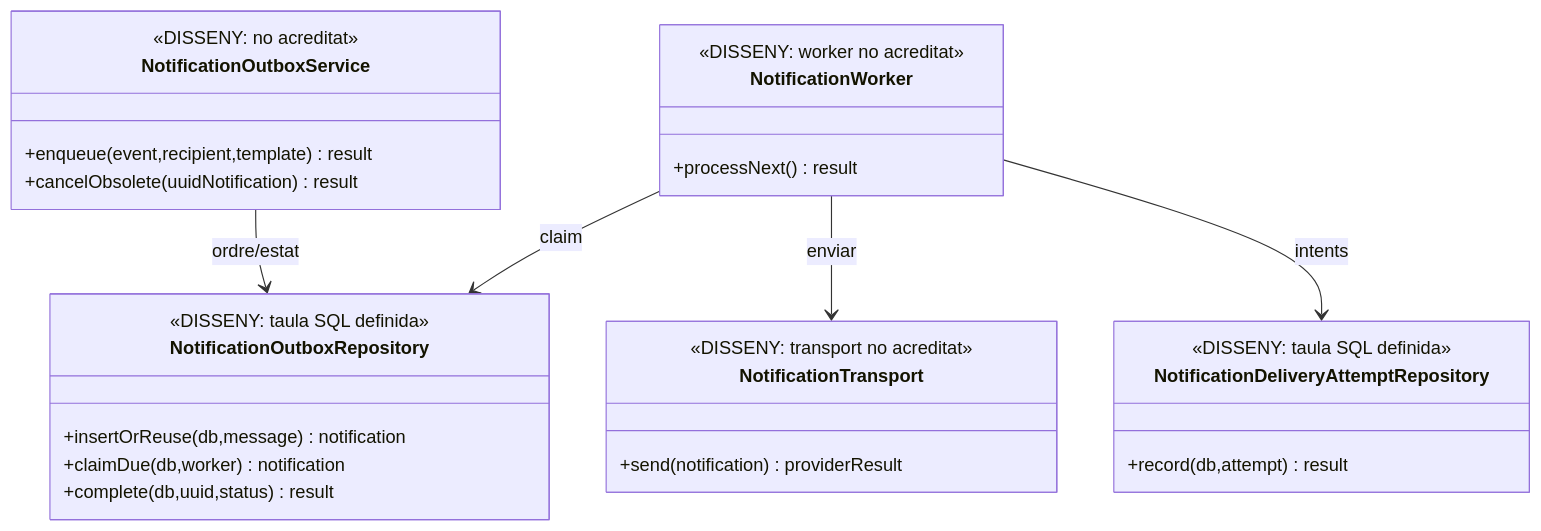
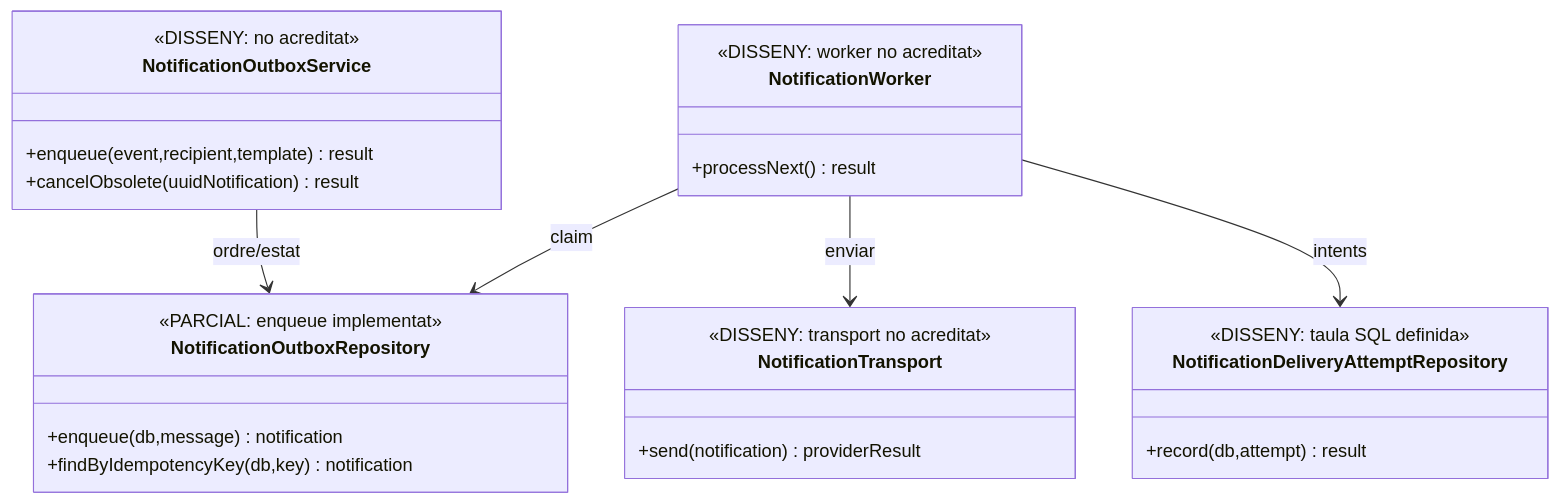
One commit to orgmeriemprismacat-del/verifactu changed the second of 3 diagrams in documentacio/07-uml-integrat/uc-058-gestionar-outbox-notificacions.md. Above: the diagram before and after it, drawn with Mermaid. The commit also changed other lines of this file, not shown here.

Commit message:
docs(UC-58): revalidar repository d'outbox per UC-015

````diff
--- a/documentacio/07-uml-integrat/uc-058-gestionar-outbox-notificacions.md
+++ b/documentacio/07-uml-integrat/uc-058-gestionar-outbox-notificacions.md
@@ -79,30 +79,29 @@
 ```mermaid
 classDiagram
 class NotificationOutboxService {
  <<DISSENY: no acreditat>>
  +enqueue(event,recipient,template) result
  +cancelObsolete(uuidNotification) result
 }
 class NotificationOutboxRepository {
- <<DISSENY: taula SQL definida>>
- +insertOrReuse(db,message) notification
- +claimDue(db,worker) notification
- +complete(db,uuid,status) result
+ <<PARCIAL: enqueue implementat>>
+ +enqueue(db,message) notification
+ +findByIdempotencyKey(db,key) notification
 }
 class NotificationDeliveryAttemptRepository {
  <<DISSENY: taula SQL definida>>
  +record(db,attempt) result
 }
 class NotificationTransport {
  <<DISSENY: transport no acreditat>>
  +send(notification) providerResult
 }
 class NotificationWorker {
  <<DISSENY: worker no acreditat>>
  +processNext() result
 }
 NotificationOutboxService --> NotificationOutboxRepository : ordre/estat
 NotificationWorker --> NotificationOutboxRepository : claim
 NotificationWorker --> NotificationTransport : enviar
 NotificationWorker --> NotificationDeliveryAttemptRepository : intents
 ```
````
